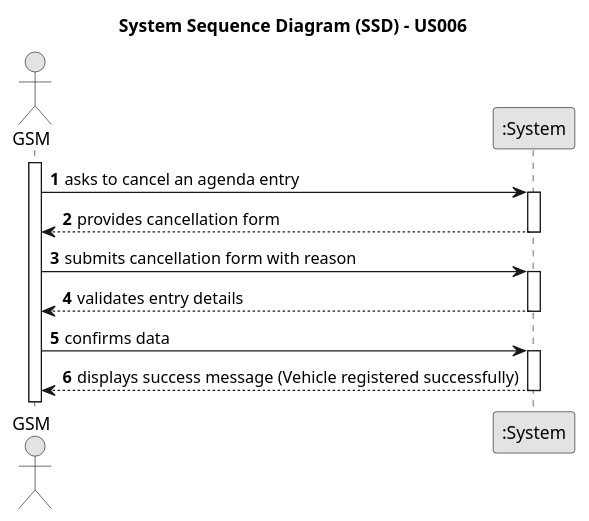
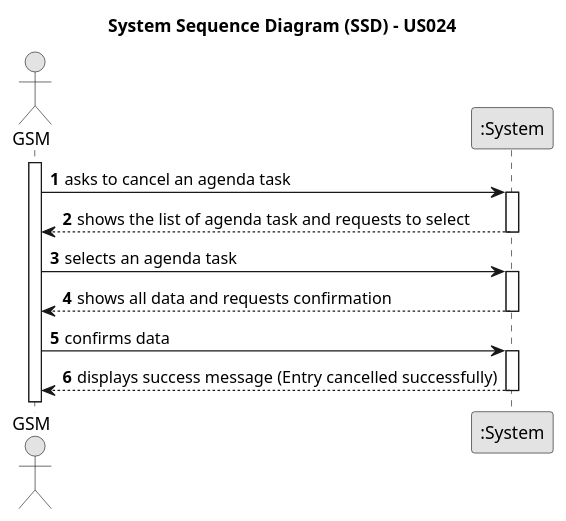
One commit to ricardomm7/leaflink changed the diagram in docs/sprintC/us025/01.requirements-engineering/puml/us025-system-sequence-diagram-alternative-one.puml. Above: the diagram before and after it, drawn with PlantUML. The commit also changed 17 other files, not shown here.

```diff
--- a/docs/sprintC/us025/01.requirements-engineering/puml/us025-system-sequence-diagram-alternative-one.puml
+++ b/docs/sprintC/us025/01.requirements-engineering/puml/us025-system-sequence-diagram-alternative-one.puml
@@ -1,34 +1,34 @@
 @startuml
 skinparam monochrome true
 skinparam packageStyle rectangle
 skinparam shadowing false
 
-title System Sequence Diagram (SSD) - US006
+title System Sequence Diagram (SSD) - US024
 
 autonumber
 
 actor "GSM" as GSM
 participant ":System" as System
 
 activate GSM
 
-    GSM -> System : asks to cancel an agenda entry
+    GSM -> System : asks to cancel an agenda task
     activate System
 
-        System --> GSM : provides cancellation form
+        System --> GSM : shows the list of agenda task and requests to select
     deactivate System
 
-    GSM -> System : submits cancellation form with reason
+    GSM -> System : selects an agenda task
 
     activate System
 
-        System --> GSM : validates entry details
+        System --> GSM : shows all data and requests confirmation
     deactivate System
 
     GSM -> System : confirms data
     activate System
 
-        System --> GSM :  displays success message (Vehicle registered successfully)
+        System --> GSM : displays success message (Entry cancelled successfully)
     deactivate System
 
 @enduml
```
